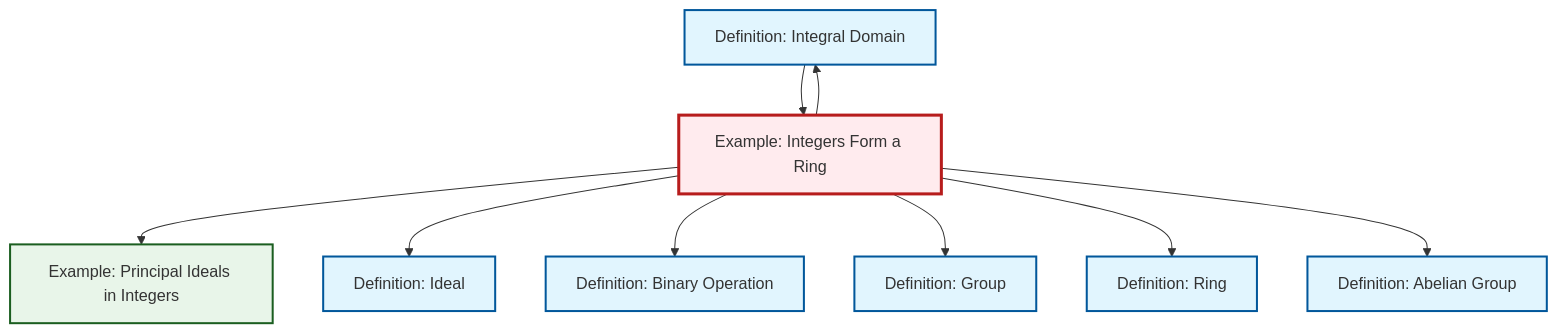
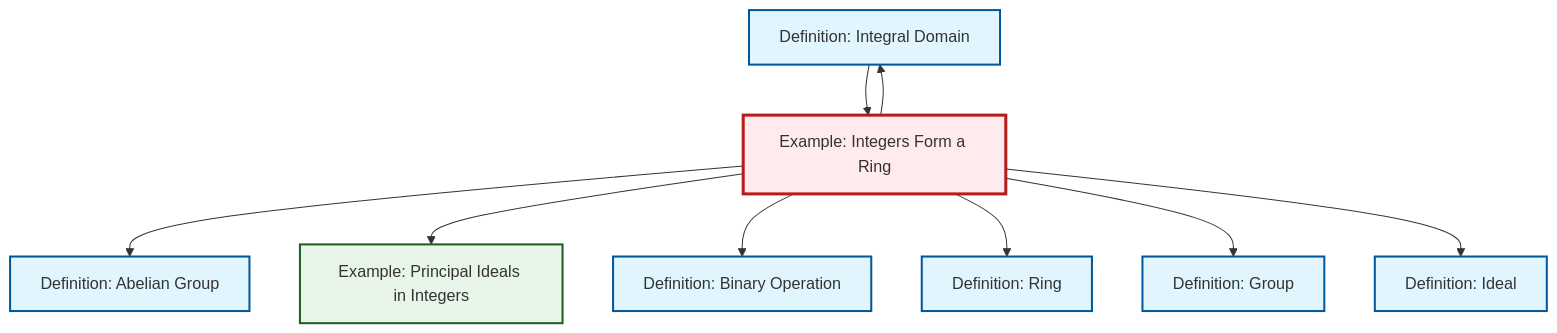
Before and after one commit to RK0429/ModernMath: the diagram in content/en/algebra/ex-integers-ring.qmd, drawn with Mermaid. The commit also changed other lines of this file and 654 other files, not shown here.

````diff
--- a/content/en/algebra/ex-integers-ring.qmd
+++ b/content/en/algebra/ex-integers-ring.qmd
@@ -65,33 +65,33 @@
 ```{mermaid}
 %%| fig-cap: "Local dependency graph"
 graph TD
     classDef definition fill:#e1f5fe,stroke:#01579b,stroke-width:2px
     classDef theorem fill:#f3e5f5,stroke:#4a148c,stroke-width:2px
     classDef axiom fill:#fff3e0,stroke:#e65100,stroke-width:2px
     classDef example fill:#e8f5e9,stroke:#1b5e20,stroke-width:2px
     classDef current fill:#ffebee,stroke:#b71c1c,stroke-width:3px
     def-group["Definition: Group"]:::definition
+    def-ring["Definition: Ring"]:::definition
+    def-ideal["Definition: Ideal"]:::definition
+    def-binary-operation["Definition: Binary Operation"]:::definition
+    def-integral-domain["Definition: Integral Domain"]:::definition
     def-abelian-group["Definition: Abelian Group"]:::definition
-    def-binary-operation["Definition: Binary Operation"]:::definition
-    def-ring["Definition: Ring"]:::definition
     ex-principal-ideal["Example: Principal Ideals in Integers"]:::example
-    def-integral-domain["Definition: Integral Domain"]:::definition
     ex-integers-ring["Example: Integers Form a Ring"]:::example
-    def-ideal["Definition: Ideal"]:::definition
+    ex-integers-ring --> def-abelian-group
+    def-integral-domain --> ex-integers-ring
     ex-integers-ring --> def-integral-domain
     ex-integers-ring --> ex-principal-ideal
+    ex-integers-ring --> def-binary-operation
+    ex-integers-ring --> def-ring
+    ex-integers-ring --> def-group
     ex-integers-ring --> def-ideal
-    ex-integers-ring --> def-binary-operation
-    def-integral-domain --> ex-integers-ring
-    ex-integers-ring --> def-group
-    ex-integers-ring --> def-ring
-    ex-integers-ring --> def-abelian-group
     class ex-integers-ring current
     click def-group "def-group.html" "Go to Group definition"
+    click def-ring "def-ring.html" "Go to Ring definition"
+    click def-ideal "def-ideal.html" "Go to Ideal definition"
+    click def-binary-operation "def-binary-operation.html" "Go to Binary Operation definition"
+    click def-integral-domain "def-integral-domain.html" "Go to Integral Domain definition"
     click def-abelian-group "def-abelian-group.html" "Go to Abelian Group definition"
-    click def-binary-operation "def-binary-operation.html" "Go to Binary Operation definition"
-    click def-ring "def-ring.html" "Go to Ring definition"
     click ex-principal-ideal "ex-principal-ideal.html" "Go to Principal Ideals in Integers example"
-    click def-integral-domain "def-integral-domain.html" "Go to Integral Domain definition"
-    click def-ideal "def-ideal.html" "Go to Ideal definition"
 ```
````
